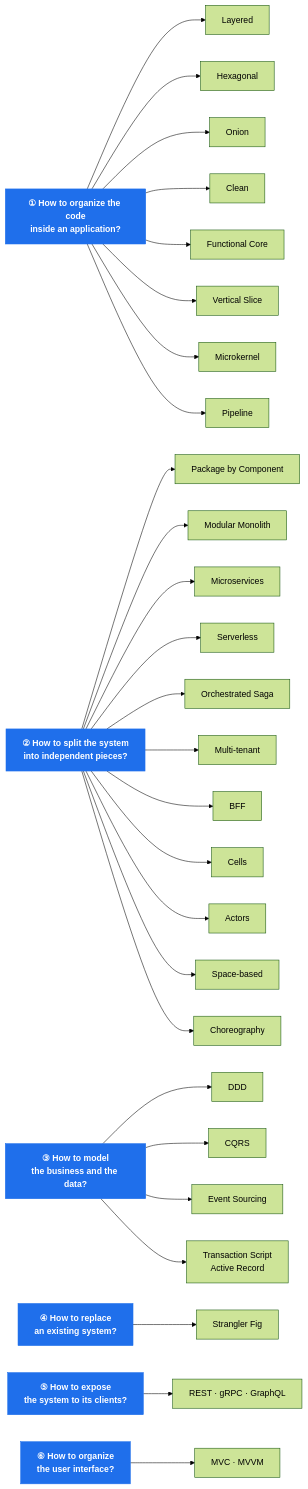
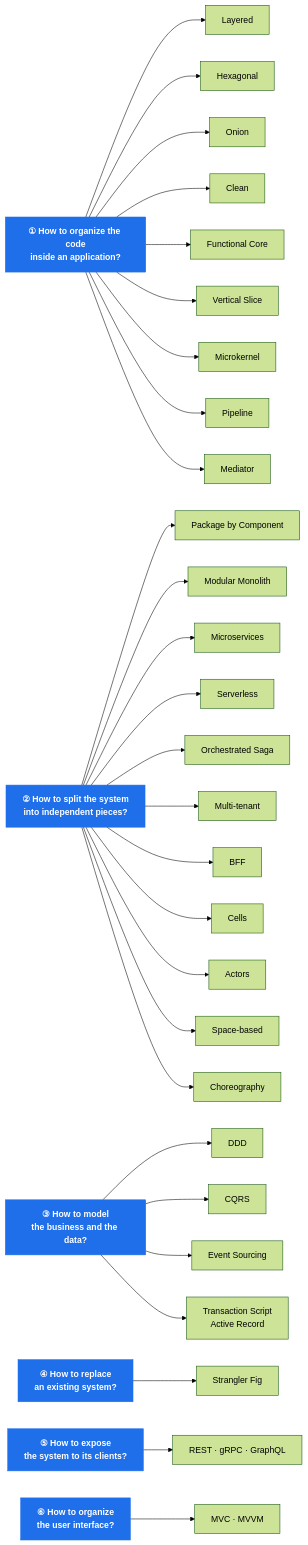
Before and after one commit to drangoht/ArchitecturesDemo: the first of 4 diagrams in Docs/en/README.md, drawn with Mermaid (forest theme). The commit also changed other lines of this file and 69 other files, not shown here.

````diff
--- a/Docs/en/README.md
+++ b/Docs/en/README.md
@@ -72,44 +73,45 @@
 ```mermaid
 flowchart LR
     Q1["<b>① How to organize the code<br/>inside an application?</b>"]
     Q2["<b>② How to split the system<br/>into independent pieces?</b>"]
     Q3["<b>③ How to model<br/>the business and the data?</b>"]
     Q4["<b>④ How to replace<br/>an existing system?</b>"]
     Q5["<b>⑤ How to expose<br/>the system to its clients?</b>"]
     Q6["<b>⑥ How to organize<br/>the user interface?</b>"]
 
     Q1 --> C0["Layered"]
     Q1 --> C1["Hexagonal"]
     Q1 --> C2["Onion"]
     Q1 --> C3["Clean"]
     Q1 --> C4["Functional Core"]
     Q1 --> C5["Vertical Slice"]
     Q1 --> C13["Microkernel"]
     Q1 --> C20["Pipeline"]
+    Q1 --> C26["Mediator"]
 
     Q2 --> D6["Package by Component"]
     Q2 --> D7["Modular Monolith"]
     Q2 --> D8["Microservices"]
     Q2 --> D12["Serverless"]
     Q2 --> D14["Orchestrated Saga"]
     Q2 --> D15["Multi-tenant"]
     Q2 --> D16["BFF"]
     Q2 --> D17["Cells"]
     Q2 --> D18["Actors"]
     Q2 --> D19["Space-based"]
     Q2 --> D21["Choreography"]
 
     Q3 --> M11["DDD"]
     Q3 --> M9["CQRS"]
     Q3 --> M10["Event Sourcing"]
     Q3 --> M25["Transaction Script<br/>Active Record"]
 
     Q4 --> S22["Strangler Fig"]
 
     Q5 --> E23["REST · gRPC · GraphQL"]
 
     Q6 --> P24["MVC · MVVM"]
 
     classDef q fill:#1f6feb,color:#fff,stroke:#1f6feb
     class Q1,Q2,Q3,Q4,Q5,Q6 q
 ```
````
